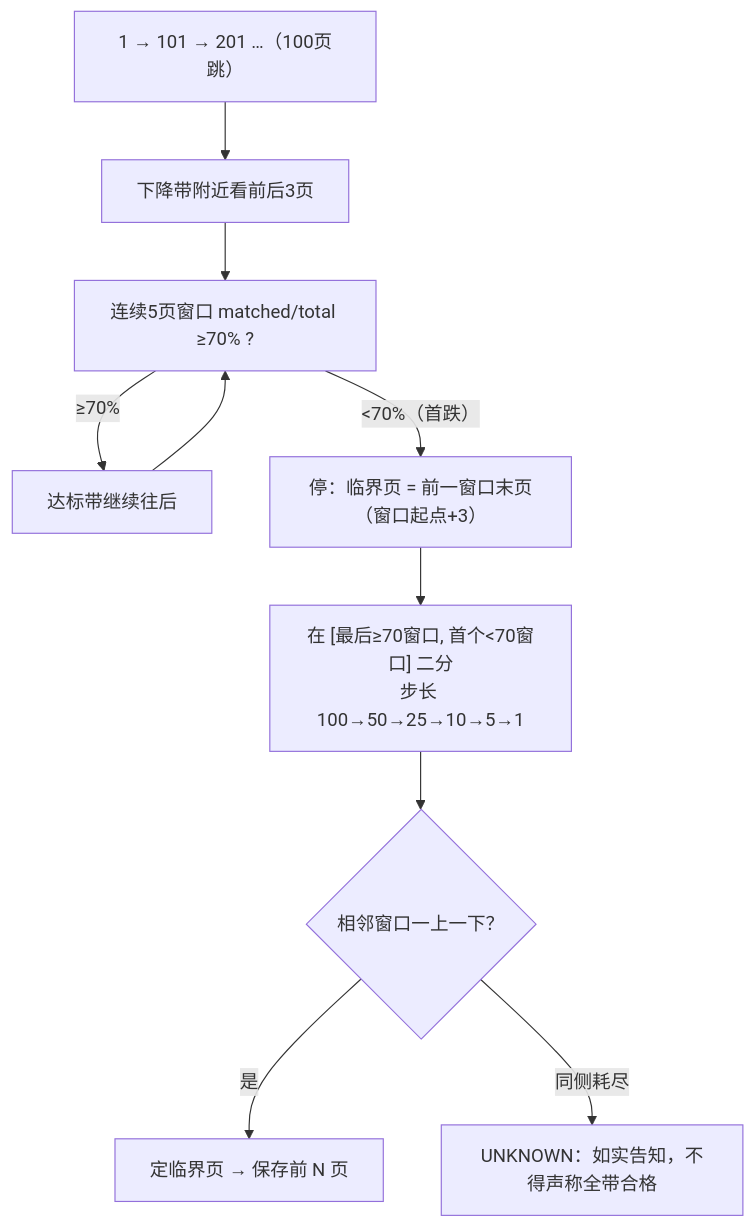
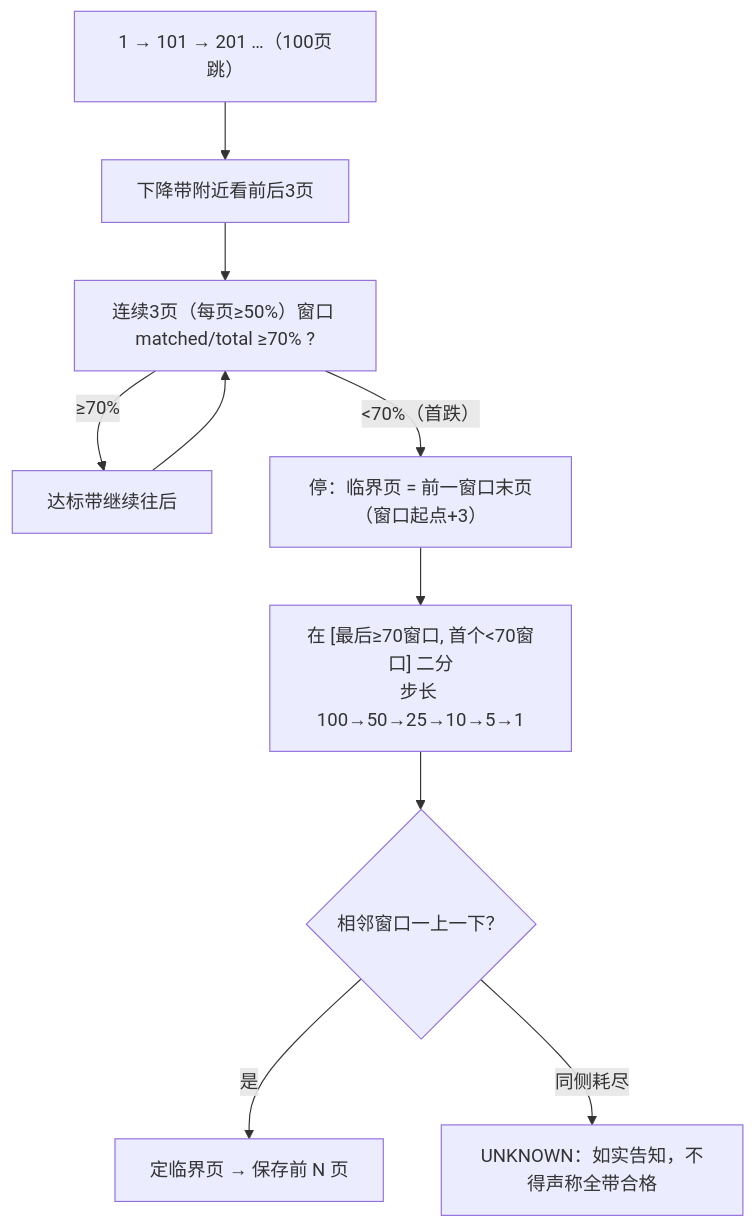
The third of 4 diagrams in specs/step-map.md (tony-apan/laifaxin-b2b-sales), drawn with Mermaid before and after one commit. The commit also changed other lines of this file and 21 other files, not shown here.

````diff
--- a/specs/step-map.md
+++ b/specs/step-map.md
@@ -131,11 +131,11 @@
 ```mermaid
 flowchart TD
   A["1 → 101 → 201 …（100页跳）"] --> B["下降带附近看前后3页"]
-  B --> C["连续5页窗口 matched/total ≥70% ?"]
+  B --> C["连续3页（每页≥50%）窗口 matched/total ≥70% ?"]
   C -- "≥70%" --> D["达标带继续往后"] --> C
   C -- "<70%（首跌）" --> E["停：临界页 = 前一窗口末页（窗口起点+3）"]
   E --> F["在 [最后≥70窗口, 首个<70窗口] 二分<br/>步长 100→50→25→10→5→1"]
   F --> G{"相邻窗口一上一下？"}
   G -- "是" --> H["定临界页 → 保存前 N 页"]
   G -- "同侧耗尽" --> I["UNKNOWN：如实告知，不得声称全带合格"]
 ```
````
